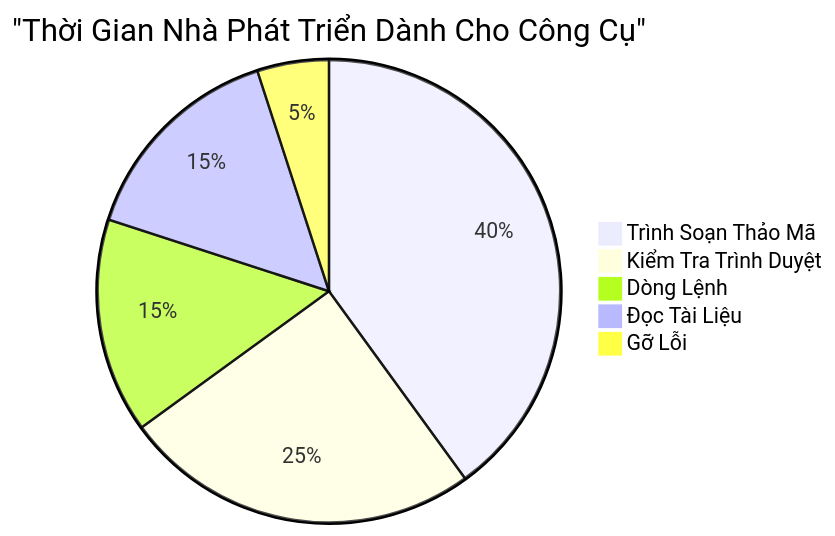
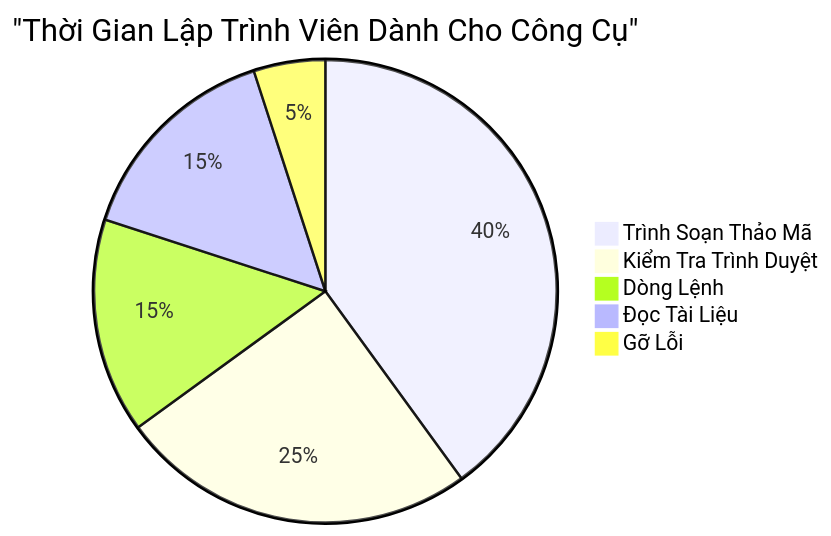
One commit to microsoft/Web-Dev-For-Beginners changed the sixth of 7 diagrams in translations/vi/1-getting-started-lessons/1-intro-to-programming-languages/README.md. Above: the diagram before and after it, drawn with Mermaid. The commit also changed other lines of this file and 8 other files, not shown here.

````diff
--- a/translations/vi/1-getting-started-lessons/1-intro-to-programming-languages/README.md
+++ b/translations/vi/1-getting-started-lessons/1-intro-to-programming-languages/README.md
@@ -711,8 +711,8 @@
 ```mermaid
-pie title "Thời Gian Nhà Phát Triển Dành Cho Công Cụ"
+pie title "Thời Gian Lập Trình Viên Dành Cho Công Cụ"
     "Trình Soạn Thảo Mã" : 40
     "Kiểm Tra Trình Duyệt" : 25
     "Dòng Lệnh" : 15
     "Đọc Tài Liệu" : 15
     "Gỡ Lỗi" : 5
-```
+```  
````
